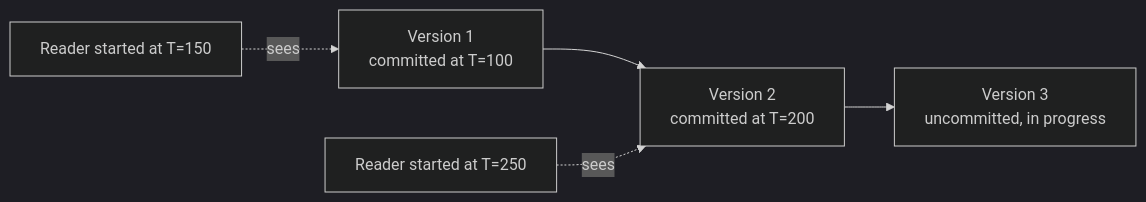
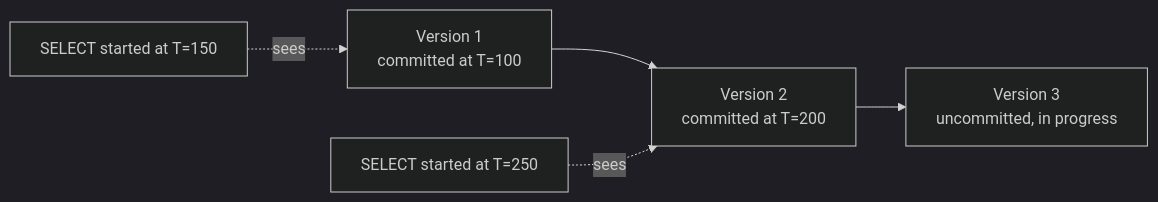
Before and after one commit to tjovic/database-design-labs-public: the second of 2 diagrams in labs/lab10-concurrency.md, drawn with Mermaid (dark theme). The commit also changed other lines of this file, not shown here.

````diff
--- a/labs/lab10-concurrency.md
+++ b/labs/lab10-concurrency.md
@@ -657,7 +750,7 @@
 ```mermaid
 flowchart LR
     V1["Version 1\ncommitted at T=100"] --> V2["Version 2\ncommitted at T=200"]
     V2 --> V3["Version 3\nuncommitted, in progress"]
-    R1["Reader started at T=150"] -.sees.-> V1
-    R2["Reader started at T=250"] -.sees.-> V2
+    R1["SELECT started at T=150"] -.sees.-> V1
+    R2["SELECT started at T=250"] -.sees.-> V2
 ```
````
